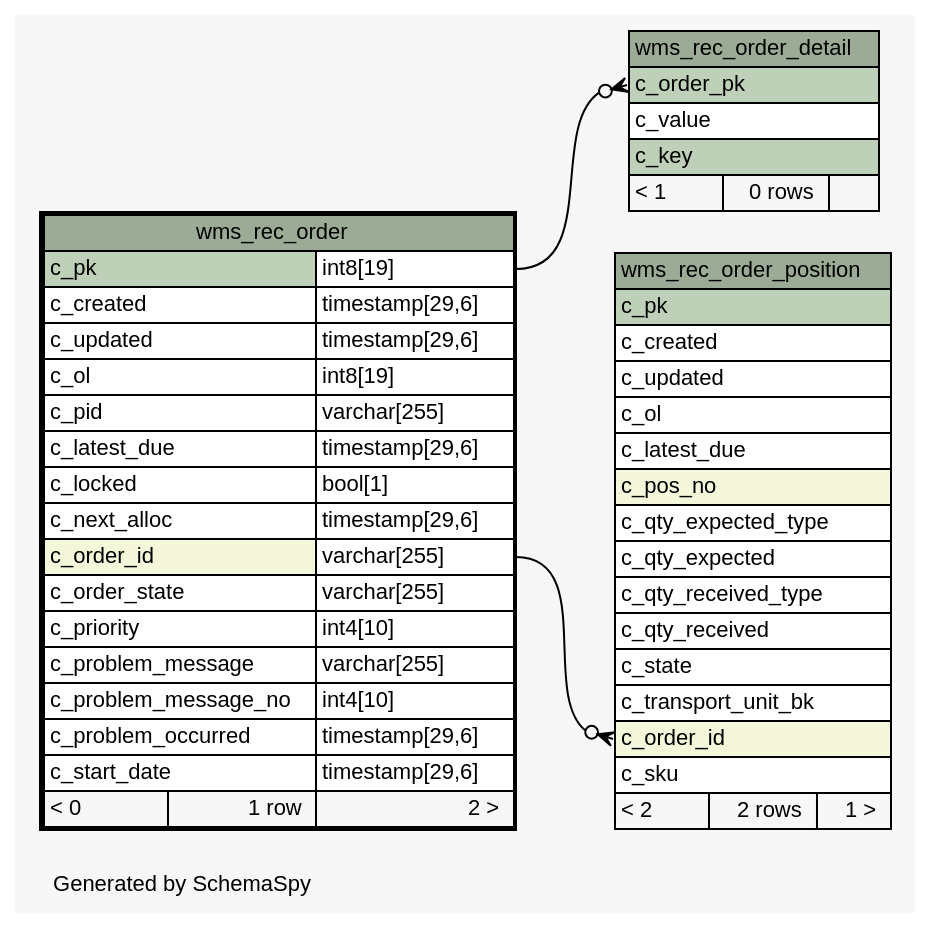
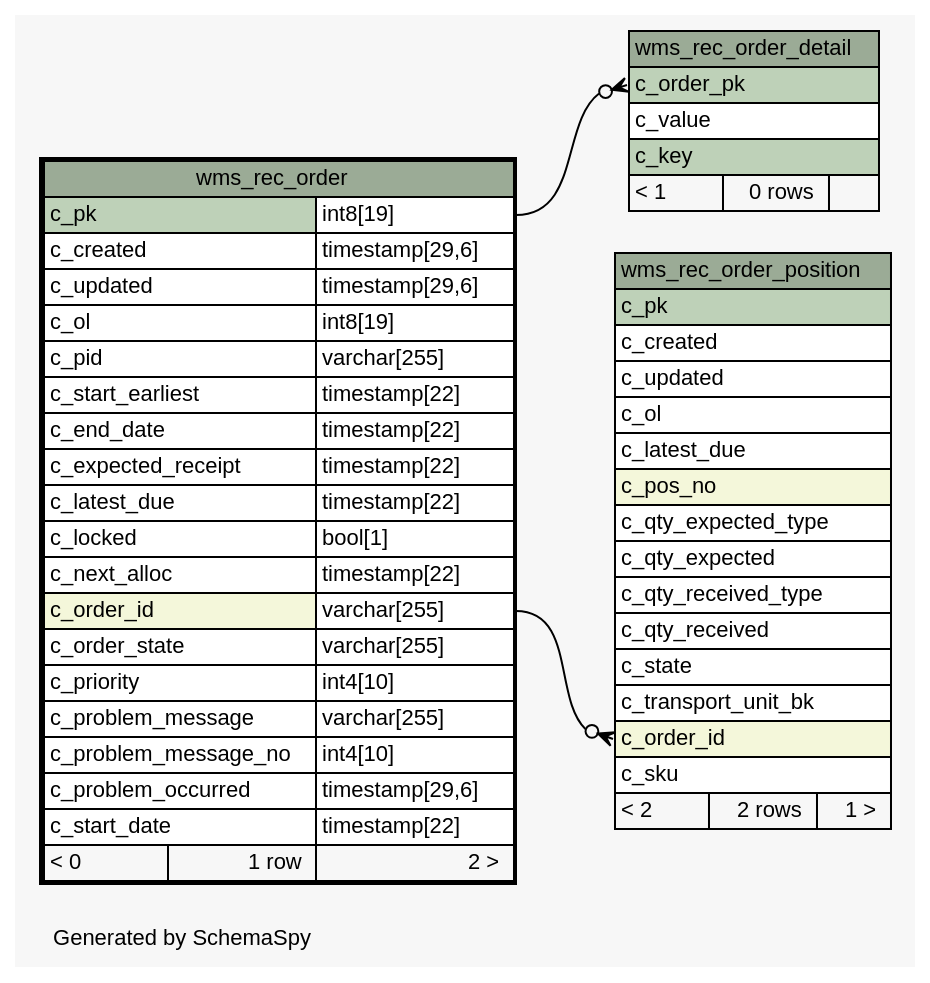
One commit to openwms/org.openwms.wms.receiving.lib changed the diagram in 1.0.0-SNAPSHOT/schemaspy/diagrams/wms_rec_order.1degree.dot. Above: the diagram before and after it, drawn with Graphviz. The commit also changed 280 other files, not shown here.

```diff
--- a/1.0.0-SNAPSHOT/schemaspy/diagrams/wms_rec_order.1degree.dot
+++ b/1.0.0-SNAPSHOT/schemaspy/diagrams/wms_rec_order.1degree.dot
@@ -1,83 +1,86 @@
 // dot 2.43.0 on Linux 5.8.0-1039-azure
 // SchemaSpy rev Unknown
 digraph "oneDegreeRelationshipsDiagram" {
   graph [
     rankdir="RL"
     bgcolor="#f7f7f7"
     label="\nGenerated by SchemaSpy"
     labeljust="l"
     nodesep="0.18"
     ranksep="0.46"
     fontname="Helvetica"
     fontsize="11"
   ];
   node [
     fontname="Helvetica"
     fontsize="11"
     shape="plaintext"
   ];
   edge [
     arrowsize="0.8"
   ];
   "wms_rec_order_detail":"c_order_pk":w -> "wms_rec_order":"c_pk.type":e [arrowhead=none dir=back arrowtail=crowodot];
   "wms_rec_order_position":"c_order_id":w -> "wms_rec_order":"c_order_id.type":e [arrowhead=none dir=back arrowtail=crowodot];
   "wms_rec_order" [
     label=<
     <TABLE BORDER="2" CELLBORDER="1" CELLSPACING="0" BGCOLOR="#ffffff">
       <TR><TD COLSPAN="3" BGCOLOR="#9bab96" ALIGN="CENTER">wms_rec_order</TD></TR>
       <TR><TD PORT="c_pk" COLSPAN="2" BGCOLOR="#bed1b8" ALIGN="LEFT">c_pk</TD><TD PORT="c_pk.type" ALIGN="LEFT">int8[19]</TD></TR>
       <TR><TD PORT="c_created" COLSPAN="2" ALIGN="LEFT">c_created</TD><TD PORT="c_created.type" ALIGN="LEFT">timestamp[29,6]</TD></TR>
       <TR><TD PORT="c_updated" COLSPAN="2" ALIGN="LEFT">c_updated</TD><TD PORT="c_updated.type" ALIGN="LEFT">timestamp[29,6]</TD></TR>
       <TR><TD PORT="c_ol" COLSPAN="2" ALIGN="LEFT">c_ol</TD><TD PORT="c_ol.type" ALIGN="LEFT">int8[19]</TD></TR>
       <TR><TD PORT="c_pid" COLSPAN="2" ALIGN="LEFT">c_pid</TD><TD PORT="c_pid.type" ALIGN="LEFT">varchar[255]</TD></TR>
-      <TR><TD PORT="c_latest_due" COLSPAN="2" ALIGN="LEFT">c_latest_due</TD><TD PORT="c_latest_due.type" ALIGN="LEFT">timestamp[29,6]</TD></TR>
+      <TR><TD PORT="c_start_earliest" COLSPAN="2" ALIGN="LEFT">c_start_earliest</TD><TD PORT="c_start_earliest.type" ALIGN="LEFT">timestamp[22]</TD></TR>
+      <TR><TD PORT="c_end_date" COLSPAN="2" ALIGN="LEFT">c_end_date</TD><TD PORT="c_end_date.type" ALIGN="LEFT">timestamp[22]</TD></TR>
+      <TR><TD PORT="c_expected_receipt" COLSPAN="2" ALIGN="LEFT">c_expected_receipt</TD><TD PORT="c_expected_receipt.type" ALIGN="LEFT">timestamp[22]</TD></TR>
+      <TR><TD PORT="c_latest_due" COLSPAN="2" ALIGN="LEFT">c_latest_due</TD><TD PORT="c_latest_due.type" ALIGN="LEFT">timestamp[22]</TD></TR>
       <TR><TD PORT="c_locked" COLSPAN="2" ALIGN="LEFT">c_locked</TD><TD PORT="c_locked.type" ALIGN="LEFT">bool[1]</TD></TR>
-      <TR><TD PORT="c_next_alloc" COLSPAN="2" ALIGN="LEFT">c_next_alloc</TD><TD PORT="c_next_alloc.type" ALIGN="LEFT">timestamp[29,6]</TD></TR>
+      <TR><TD PORT="c_next_alloc" COLSPAN="2" ALIGN="LEFT">c_next_alloc</TD><TD PORT="c_next_alloc.type" ALIGN="LEFT">timestamp[22]</TD></TR>
       <TR><TD PORT="c_order_id" COLSPAN="2" BGCOLOR="#f4f7da" ALIGN="LEFT">c_order_id</TD><TD PORT="c_order_id.type" ALIGN="LEFT">varchar[255]</TD></TR>
       <TR><TD PORT="c_order_state" COLSPAN="2" ALIGN="LEFT">c_order_state</TD><TD PORT="c_order_state.type" ALIGN="LEFT">varchar[255]</TD></TR>
       <TR><TD PORT="c_priority" COLSPAN="2" ALIGN="LEFT">c_priority</TD><TD PORT="c_priority.type" ALIGN="LEFT">int4[10]</TD></TR>
       <TR><TD PORT="c_problem_message" COLSPAN="2" ALIGN="LEFT">c_problem_message</TD><TD PORT="c_problem_message.type" ALIGN="LEFT">varchar[255]</TD></TR>
       <TR><TD PORT="c_problem_message_no" COLSPAN="2" ALIGN="LEFT">c_problem_message_no</TD><TD PORT="c_problem_message_no.type" ALIGN="LEFT">int4[10]</TD></TR>
       <TR><TD PORT="c_problem_occurred" COLSPAN="2" ALIGN="LEFT">c_problem_occurred</TD><TD PORT="c_problem_occurred.type" ALIGN="LEFT">timestamp[29,6]</TD></TR>
-      <TR><TD PORT="c_start_date" COLSPAN="2" ALIGN="LEFT">c_start_date</TD><TD PORT="c_start_date.type" ALIGN="LEFT">timestamp[29,6]</TD></TR>
+      <TR><TD PORT="c_start_date" COLSPAN="2" ALIGN="LEFT">c_start_date</TD><TD PORT="c_start_date.type" ALIGN="LEFT">timestamp[22]</TD></TR>
       <TR><TD ALIGN="LEFT" BGCOLOR="#f7f7f7">&lt; 0</TD><TD ALIGN="RIGHT" BGCOLOR="#f7f7f7">1 row</TD><TD ALIGN="RIGHT" BGCOLOR="#f7f7f7">2 &gt;</TD></TR>
     </TABLE>>
     URL="wms_rec_order.html"
     tooltip="wms_rec_order"
   ];
   "wms_rec_order_detail" [
     label=<
     <TABLE BORDER="0" CELLBORDER="1" CELLSPACING="0" BGCOLOR="#ffffff">
       <TR><TD COLSPAN="3" BGCOLOR="#9bab96" ALIGN="CENTER">wms_rec_order_detail</TD></TR>
       <TR><TD PORT="c_order_pk" COLSPAN="3" BGCOLOR="#bed1b8" ALIGN="LEFT">c_order_pk</TD></TR>
       <TR><TD PORT="c_value" COLSPAN="3" ALIGN="LEFT">c_value</TD></TR>
       <TR><TD PORT="c_key" COLSPAN="3" BGCOLOR="#bed1b8" ALIGN="LEFT">c_key</TD></TR>
       <TR><TD ALIGN="LEFT" BGCOLOR="#f7f7f7">&lt; 1</TD><TD ALIGN="RIGHT" BGCOLOR="#f7f7f7">0 rows</TD><TD ALIGN="RIGHT" BGCOLOR="#f7f7f7">  </TD></TR>
     </TABLE>>
     URL="wms_rec_order_detail.html"
     tooltip="wms_rec_order_detail"
   ];
   "wms_rec_order_position" [
     label=<
     <TABLE BORDER="0" CELLBORDER="1" CELLSPACING="0" BGCOLOR="#ffffff">
       <TR><TD COLSPAN="3" BGCOLOR="#9bab96" ALIGN="CENTER">wms_rec_order_position</TD></TR>
       <TR><TD PORT="c_pk" COLSPAN="3" BGCOLOR="#bed1b8" ALIGN="LEFT">c_pk</TD></TR>
       <TR><TD PORT="c_created" COLSPAN="3" ALIGN="LEFT">c_created</TD></TR>
       <TR><TD PORT="c_updated" COLSPAN="3" ALIGN="LEFT">c_updated</TD></TR>
       <TR><TD PORT="c_ol" COLSPAN="3" ALIGN="LEFT">c_ol</TD></TR>
       <TR><TD PORT="c_latest_due" COLSPAN="3" ALIGN="LEFT">c_latest_due</TD></TR>
       <TR><TD PORT="c_pos_no" COLSPAN="3" BGCOLOR="#f4f7da" ALIGN="LEFT">c_pos_no</TD></TR>
       <TR><TD PORT="c_qty_expected_type" COLSPAN="3" ALIGN="LEFT">c_qty_expected_type</TD></TR>
       <TR><TD PORT="c_qty_expected" COLSPAN="3" ALIGN="LEFT">c_qty_expected</TD></TR>
       <TR><TD PORT="c_qty_received_type" COLSPAN="3" ALIGN="LEFT">c_qty_received_type</TD></TR>
       <TR><TD PORT="c_qty_received" COLSPAN="3" ALIGN="LEFT">c_qty_received</TD></TR>
       <TR><TD PORT="c_state" COLSPAN="3" ALIGN="LEFT">c_state</TD></TR>
       <TR><TD PORT="c_transport_unit_bk" COLSPAN="3" ALIGN="LEFT">c_transport_unit_bk</TD></TR>
       <TR><TD PORT="c_order_id" COLSPAN="3" BGCOLOR="#f4f7da" ALIGN="LEFT">c_order_id</TD></TR>
       <TR><TD PORT="c_sku" COLSPAN="3" ALIGN="LEFT">c_sku</TD></TR>
       <TR><TD ALIGN="LEFT" BGCOLOR="#f7f7f7">&lt; 2</TD><TD ALIGN="RIGHT" BGCOLOR="#f7f7f7">2 rows</TD><TD ALIGN="RIGHT" BGCOLOR="#f7f7f7">1 &gt;</TD></TR>
     </TABLE>>
     URL="wms_rec_order_position.html"
     tooltip="wms_rec_order_position"
   ];
 }
```
